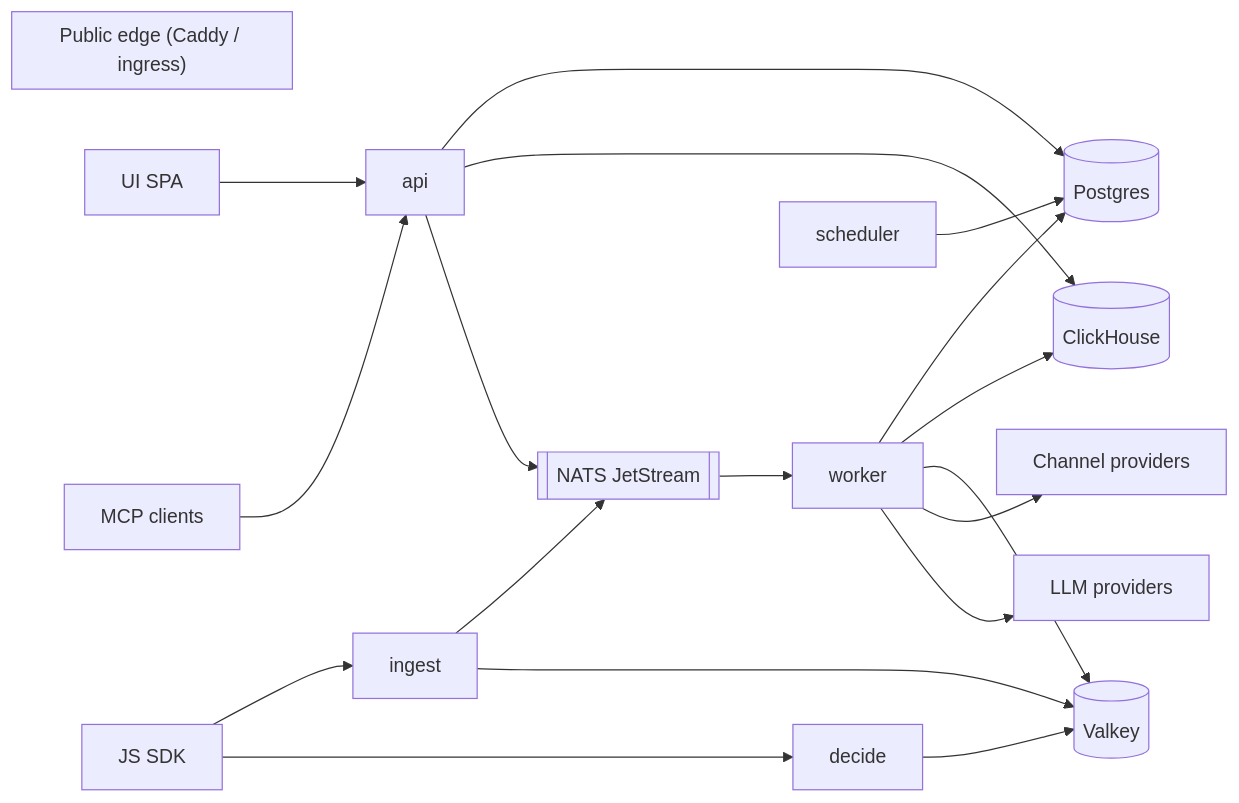
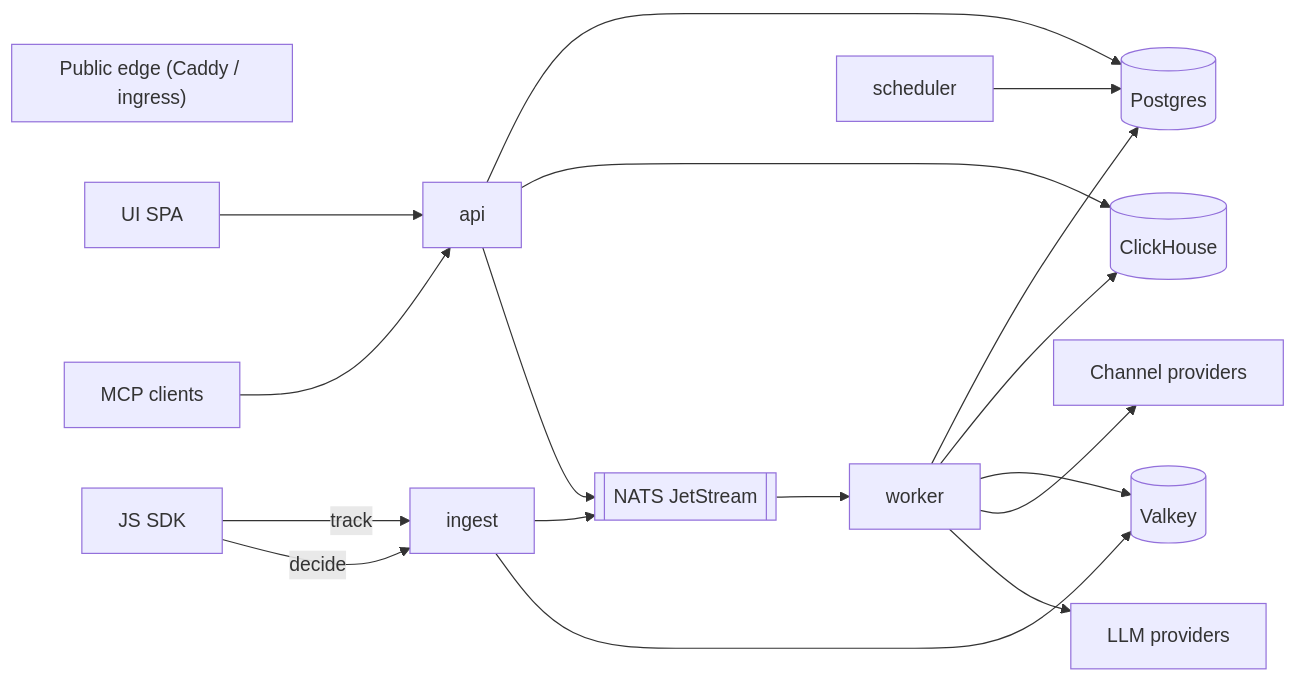
The second of 5 diagrams in docs/architecture/overview.md (TimChr78/Agentic-Marketing), drawn with Mermaid before and after one commit. The commit also changed other lines of this file and 13 other files, not shown here.

````diff
--- a/docs/architecture/overview.md
+++ b/docs/architecture/overview.md
@@ -41,25 +40,24 @@
 ```mermaid
 flowchart LR
   subgraph edge["Public edge (Caddy / ingress)"]
     direction TB
   end
-  sdk[JS SDK] --> ingest
-  sdk --> decide
+  sdk[JS SDK] -->|track| ingest
+  sdk -->|decide| ingest
   browser[UI SPA] --> api
   mcp[MCP clients] --> api
 
   ingest --> nats[[NATS JetStream]]
   ingest --> valkey[(Valkey)]
-  decide --> valkey
   api --> pg[(Postgres)]
   api --> ch[(ClickHouse)]
   api --> nats
 
   nats --> worker
   worker --> pg
   worker --> ch
   worker --> valkey
   scheduler --> pg
   worker --> providers[Channel providers]
   worker --> llm[LLM providers]
 ```
````
